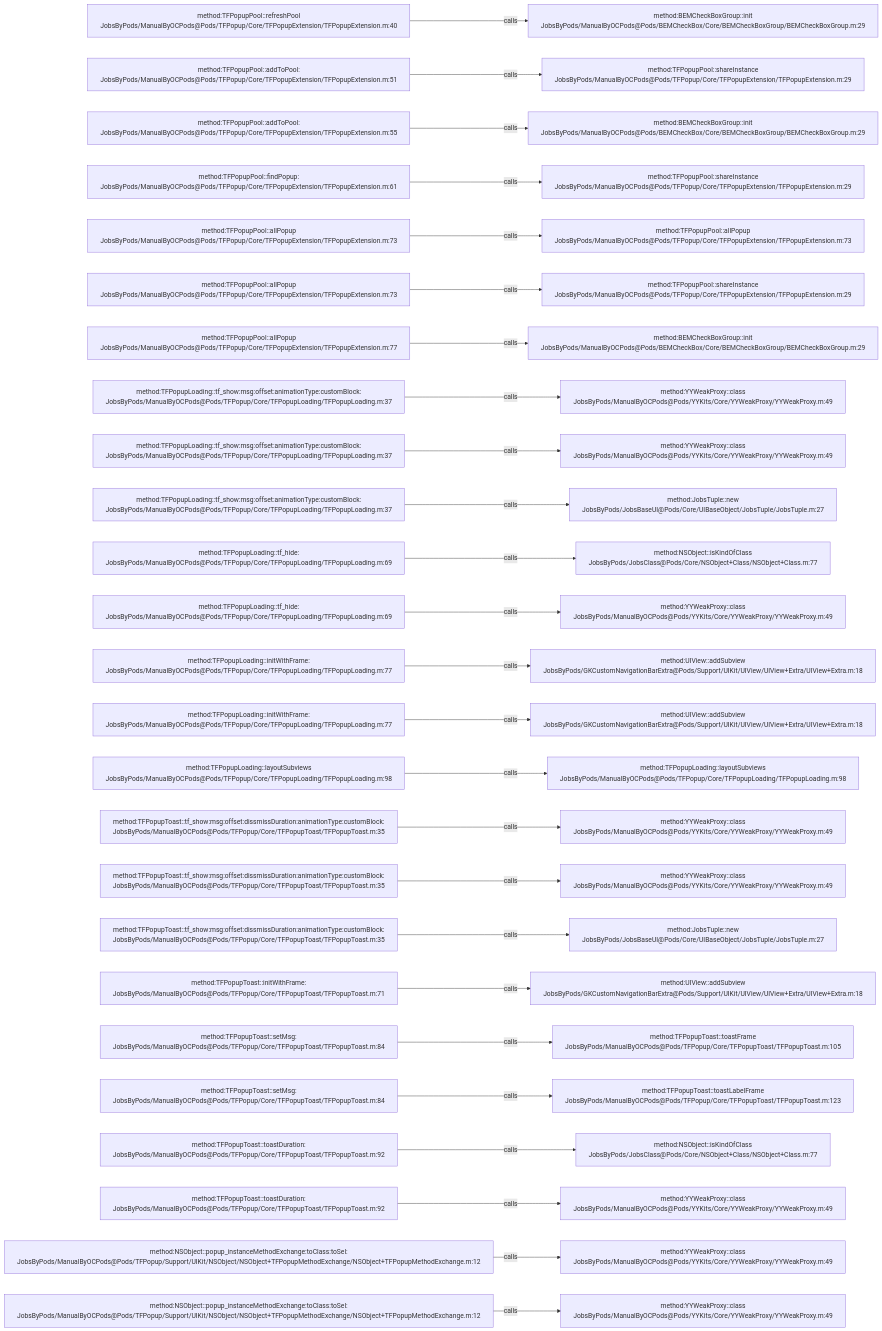
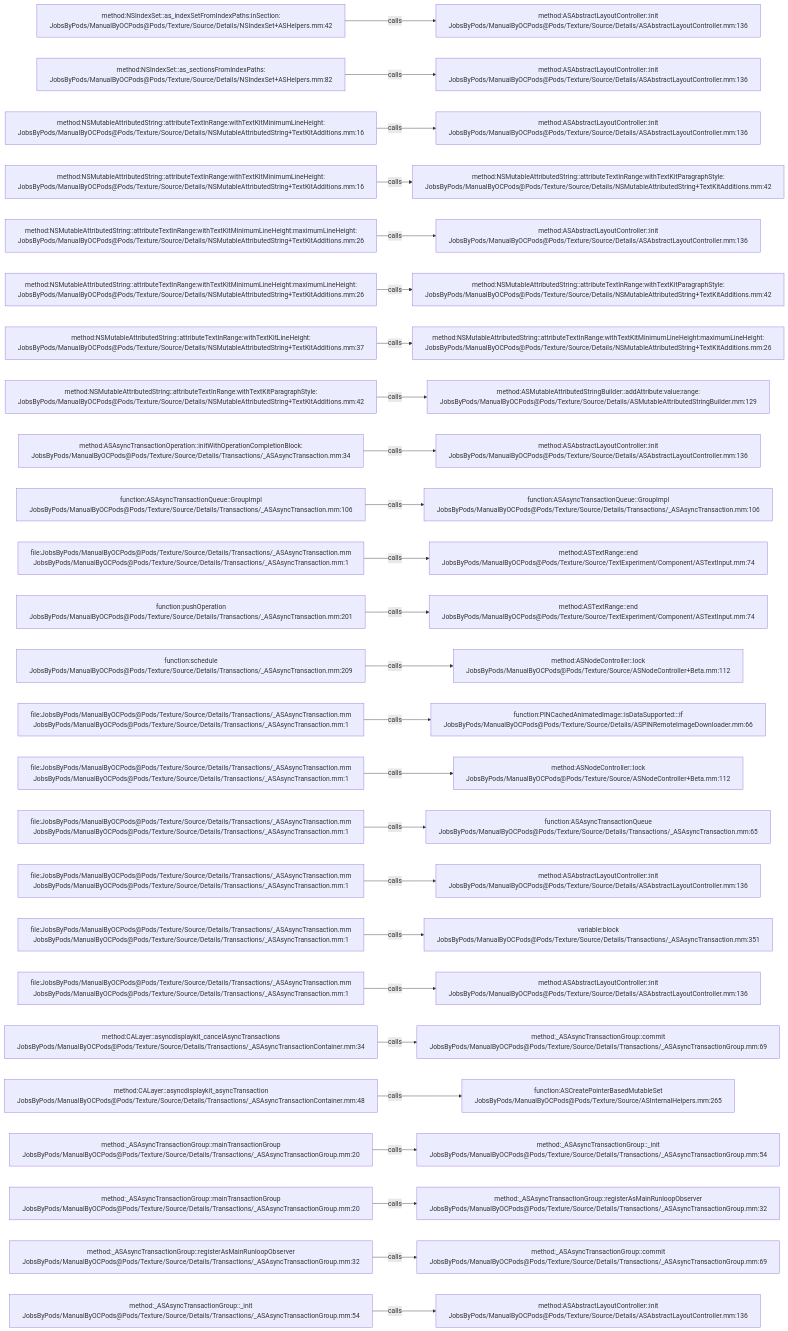
The diagram in .codegraph/codegraph.md/graphs/calls-176.md (JobsKits/JobsOCBaseConfigDemo), drawn with Mermaid before and after one commit. The commit also changed 2162 other files, not shown here.

````diff
--- a/.codegraph/codegraph.md/graphs/calls-176.md
+++ b/.codegraph/codegraph.md/graphs/calls-176.md
@@ -13,78 +13,78 @@
 ```mermaid
 flowchart LR
-  S1["method:TFPopupPool::refreshPool<br/>JobsByPods/ManualByOCPods@Pods/TFPopup/Core/TFPopupExtension/TFPopupExtension.m:40"]
-  T1["method:BEMCheckBoxGroup::init<br/>JobsByPods/ManualByOCPods@Pods/BEMCheckBox/Core/BEMCheckBoxGroup/BEMCheckBoxGroup.m:29"]
+  S1["method:NSIndexSet::as_indexSetFromIndexPaths:inSection:<br/>JobsByPods/ManualByOCPods@Pods/Texture/Source/Details/NSIndexSet+ASHelpers.mm:42"]
+  T1["method:ASAbstractLayoutController::init<br/>JobsByPods/ManualByOCPods@Pods/Texture/Source/Details/ASAbstractLayoutController.mm:136"]
   S1 -->|calls| T1
-  S2["method:TFPopupPool::addToPool:<br/>JobsByPods/ManualByOCPods@Pods/TFPopup/Core/TFPopupExtension/TFPopupExtension.m:51"]
-  T2["method:TFPopupPool::shareInstance<br/>JobsByPods/ManualByOCPods@Pods/TFPopup/Core/TFPopupExtension/TFPopupExtension.m:29"]
+  S2["method:NSIndexSet::as_sectionsFromIndexPaths:<br/>JobsByPods/ManualByOCPods@Pods/Texture/Source/Details/NSIndexSet+ASHelpers.mm:82"]
+  T2["method:ASAbstractLayoutController::init<br/>JobsByPods/ManualByOCPods@Pods/Texture/Source/Details/ASAbstractLayoutController.mm:136"]
   S2 -->|calls| T2
-  S3["method:TFPopupPool::addToPool:<br/>JobsByPods/ManualByOCPods@Pods/TFPopup/Core/TFPopupExtension/TFPopupExtension.m:55"]
-  T3["method:BEMCheckBoxGroup::init<br/>JobsByPods/ManualByOCPods@Pods/BEMCheckBox/Core/BEMCheckBoxGroup/BEMCheckBoxGroup.m:29"]
+  S3["method:NSMutableAttributedString::attributeTextInRange:withTextKitMinimumLineHeight:<br/>JobsByPods/ManualByOCPods@Pods/Texture/Source/Details/NSMutableAttributedString+TextKitAdditions.mm:16"]
+  T3["method:ASAbstractLayoutController::init<br/>JobsByPods/ManualByOCPods@Pods/Texture/Source/Details/ASAbstractLayoutController.mm:136"]
   S3 -->|calls| T3
-  S4["method:TFPopupPool::findPopup:<br/>JobsByPods/ManualByOCPods@Pods/TFPopup/Core/TFPopupExtension/TFPopupExtension.m:61"]
-  T4["method:TFPopupPool::shareInstance<br/>JobsByPods/ManualByOCPods@Pods/TFPopup/Core/TFPopupExtension/TFPopupExtension.m:29"]
+  S4["method:NSMutableAttributedString::attributeTextInRange:withTextKitMinimumLineHeight:<br/>JobsByPods/ManualByOCPods@Pods/Texture/Source/Details/NSMutableAttributedString+TextKitAdditions.mm:16"]
+  T4["method:NSMutableAttributedString::attributeTextInRange:withTextKitParagraphStyle:<br/>JobsByPods/ManualByOCPods@Pods/Texture/Source/Details/NSMutableAttributedString+TextKitAdditions.mm:42"]
   S4 -->|calls| T4
-  S5["method:TFPopupPool::allPopup<br/>JobsByPods/ManualByOCPods@Pods/TFPopup/Core/TFPopupExtension/TFPopupExtension.m:73"]
-  T5["method:TFPopupPool::allPopup<br/>JobsByPods/ManualByOCPods@Pods/TFPopup/Core/TFPopupExtension/TFPopupExtension.m:73"]
+  S5["method:NSMutableAttributedString::attributeTextInRange:withTextKitMinimumLineHeight:maximumLineHeight:<br/>JobsByPods/ManualByOCPods@Pods/Texture/Source/Details/NSMutableAttributedString+TextKitAdditions.mm:26"]
+  T5["method:ASAbstractLayoutController::init<br/>JobsByPods/ManualByOCPods@Pods/Texture/Source/Details/ASAbstractLayoutController.mm:136"]
   S5 -->|calls| T5
-  S6["method:TFPopupPool::allPopup<br/>JobsByPods/ManualByOCPods@Pods/TFPopup/Core/TFPopupExtension/TFPopupExtension.m:73"]
-  T6["method:TFPopupPool::shareInstance<br/>JobsByPods/ManualByOCPods@Pods/TFPopup/Core/TFPopupExtension/TFPopupExtension.m:29"]
+  S6["method:NSMutableAttributedString::attributeTextInRange:withTextKitMinimumLineHeight:maximumLineHeight:<br/>JobsByPods/ManualByOCPods@Pods/Texture/Source/Details/NSMutableAttributedString+TextKitAdditions.mm:26"]
+  T6["method:NSMutableAttributedString::attributeTextInRange:withTextKitParagraphStyle:<br/>JobsByPods/ManualByOCPods@Pods/Texture/Source/Details/NSMutableAttributedString+TextKitAdditions.mm:42"]
   S6 -->|calls| T6
-  S7["method:TFPopupPool::allPopup<br/>JobsByPods/ManualByOCPods@Pods/TFPopup/Core/TFPopupExtension/TFPopupExtension.m:77"]
-  T7["method:BEMCheckBoxGroup::init<br/>JobsByPods/ManualByOCPods@Pods/BEMCheckBox/Core/BEMCheckBoxGroup/BEMCheckBoxGroup.m:29"]
+  S7["method:NSMutableAttributedString::attributeTextInRange:withTextKitLineHeight:<br/>JobsByPods/ManualByOCPods@Pods/Texture/Source/Details/NSMutableAttributedString+TextKitAdditions.mm:37"]
+  T7["method:NSMutableAttributedString::attributeTextInRange:withTextKitMinimumLineHeight:maximumLineHeight:<br/>JobsByPods/ManualByOCPods@Pods/Texture/Source/Details/NSMutableAttributedString+TextKitAdditions.mm:26"]
   S7 -->|calls| T7
-  S8["method:TFPopupLoading::tf_show:msg:offset:animationType:customBlock:<br/>JobsByPods/ManualByOCPods@Pods/TFPopup/Core/TFPopupLoading/TFPopupLoading.m:37"]
-  T8["method:YYWeakProxy::class<br/>JobsByPods/ManualByOCPods@Pods/YYKits/Core/YYWeakProxy/YYWeakProxy.m:49"]
+  S8["method:NSMutableAttributedString::attributeTextInRange:withTextKitParagraphStyle:<br/>JobsByPods/ManualByOCPods@Pods/Texture/Source/Details/NSMutableAttributedString+TextKitAdditions.mm:42"]
+  T8["method:ASMutableAttributedStringBuilder::addAttribute:value:range:<br/>JobsByPods/ManualByOCPods@Pods/Texture/Source/Details/ASMutableAttributedStringBuilder.mm:129"]
   S8 -->|calls| T8
-  S9["method:TFPopupLoading::tf_show:msg:offset:animationType:customBlock:<br/>JobsByPods/ManualByOCPods@Pods/TFPopup/Core/TFPopupLoading/TFPopupLoading.m:37"]
-  T9["method:YYWeakProxy::class<br/>JobsByPods/ManualByOCPods@Pods/YYKits/Core/YYWeakProxy/YYWeakProxy.m:49"]
+  S9["method:ASAsyncTransactionOperation::initWithOperationCompletionBlock:<br/>JobsByPods/ManualByOCPods@Pods/Texture/Source/Details/Transactions/_ASAsyncTransaction.mm:34"]
+  T9["method:ASAbstractLayoutController::init<br/>JobsByPods/ManualByOCPods@Pods/Texture/Source/Details/ASAbstractLayoutController.mm:136"]
   S9 -->|calls| T9
-  S10["method:TFPopupLoading::tf_show:msg:offset:animationType:customBlock:<br/>JobsByPods/ManualByOCPods@Pods/TFPopup/Core/TFPopupLoading/TFPopupLoading.m:37"]
-  T10["method:JobsTuple::new<br/>JobsByPods/JobsBaseUI@Pods/Core/UIBaseObject/JobsTuple/JobsTuple.m:27"]
+  S10["function:ASAsyncTransactionQueue::GroupImpl<br/>JobsByPods/ManualByOCPods@Pods/Texture/Source/Details/Transactions/_ASAsyncTransaction.mm:106"]
+  T10["function:ASAsyncTransactionQueue::GroupImpl<br/>JobsByPods/ManualByOCPods@Pods/Texture/Source/Details/Transactions/_ASAsyncTransaction.mm:106"]
   S10 -->|calls| T10
-  S11["method:TFPopupLoading::tf_hide:<br/>JobsByPods/ManualByOCPods@Pods/TFPopup/Core/TFPopupLoading/TFPopupLoading.m:69"]
-  T11["method:NSObject::isKindOfClass<br/>JobsByPods/JobsClass@Pods/Core/NSObject+Class/NSObject+Class.m:77"]
+  S11["file:JobsByPods/ManualByOCPods@Pods/Texture/Source/Details/Transactions/_ASAsyncTransaction.mm<br/>JobsByPods/ManualByOCPods@Pods/Texture/Source/Details/Transactions/_ASAsyncTransaction.mm:1"]
+  T11["method:ASTextRange::end<br/>JobsByPods/ManualByOCPods@Pods/Texture/Source/TextExperiment/Component/ASTextInput.mm:74"]
   S11 -->|calls| T11
-  S12["method:TFPopupLoading::tf_hide:<br/>JobsByPods/ManualByOCPods@Pods/TFPopup/Core/TFPopupLoading/TFPopupLoading.m:69"]
-  T12["method:YYWeakProxy::class<br/>JobsByPods/ManualByOCPods@Pods/YYKits/Core/YYWeakProxy/YYWeakProxy.m:49"]
+  S12["function:pushOperation<br/>JobsByPods/ManualByOCPods@Pods/Texture/Source/Details/Transactions/_ASAsyncTransaction.mm:201"]
+  T12["method:ASTextRange::end<br/>JobsByPods/ManualByOCPods@Pods/Texture/Source/TextExperiment/Component/ASTextInput.mm:74"]
   S12 -->|calls| T12
-  S13["method:TFPopupLoading::initWithFrame:<br/>JobsByPods/ManualByOCPods@Pods/TFPopup/Core/TFPopupLoading/TFPopupLoading.m:77"]
-  T13["method:UIView::addSubview<br/>JobsByPods/GKCustomNavigationBarExtra@Pods/Support/UIKit/UIView/UIView+Extra/UIView+Extra.m:18"]
+  S13["function:schedule<br/>JobsByPods/ManualByOCPods@Pods/Texture/Source/Details/Transactions/_ASAsyncTransaction.mm:209"]
+  T13["method:ASNodeController::lock<br/>JobsByPods/ManualByOCPods@Pods/Texture/Source/ASNodeController+Beta.mm:112"]
   S13 -->|calls| T13
-  S14["method:TFPopupLoading::initWithFrame:<br/>JobsByPods/ManualByOCPods@Pods/TFPopup/Core/TFPopupLoading/TFPopupLoading.m:77"]
-  T14["method:UIView::addSubview<br/>JobsByPods/GKCustomNavigationBarExtra@Pods/Support/UIKit/UIView/UIView+Extra/UIView+Extra.m:18"]
+  S14["file:JobsByPods/ManualByOCPods@Pods/Texture/Source/Details/Transactions/_ASAsyncTransaction.mm<br/>JobsByPods/ManualByOCPods@Pods/Texture/Source/Details/Transactions/_ASAsyncTransaction.mm:1"]
+  T14["function:PINCachedAnimatedImage::isDataSupported:::if<br/>JobsByPods/ManualByOCPods@Pods/Texture/Source/Details/ASPINRemoteImageDownloader.mm:66"]
   S14 -->|calls| T14
-  S15["method:TFPopupLoading::layoutSubviews<br/>JobsByPods/ManualByOCPods@Pods/TFPopup/Core/TFPopupLoading/TFPopupLoading.m:98"]
-  T15["method:TFPopupLoading::layoutSubviews<br/>JobsByPods/ManualByOCPods@Pods/TFPopup/Core/TFPopupLoading/TFPopupLoading.m:98"]
+  S15["file:JobsByPods/ManualByOCPods@Pods/Texture/Source/Details/Transactions/_ASAsyncTransaction.mm<br/>JobsByPods/ManualByOCPods@Pods/Texture/Source/Details/Transactions/_ASAsyncTransaction.mm:1"]
+  T15["method:ASNodeController::lock<br/>JobsByPods/ManualByOCPods@Pods/Texture/Source/ASNodeController+Beta.mm:112"]
   S15 -->|calls| T15
-  S16["method:TFPopupToast::tf_show:msg:offset:dissmissDuration:animationType:customBlock:<br/>JobsByPods/ManualByOCPods@Pods/TFPopup/Core/TFPopupToast/TFPopupToast.m:35"]
-  T16["method:YYWeakProxy::class<br/>JobsByPods/ManualByOCPods@Pods/YYKits/Core/YYWeakProxy/YYWeakProxy.m:49"]
+  S16["file:JobsByPods/ManualByOCPods@Pods/Texture/Source/Details/Transactions/_ASAsyncTransaction.mm<br/>JobsByPods/ManualByOCPods@Pods/Texture/Source/Details/Transactions/_ASAsyncTransaction.mm:1"]
+  T16["function:ASAsyncTransactionQueue<br/>JobsByPods/ManualByOCPods@Pods/Texture/Source/Details/Transactions/_ASAsyncTransaction.mm:65"]
   S16 -->|calls| T16
-  S17["method:TFPopupToast::tf_show:msg:offset:dissmissDuration:animationType:customBlock:<br/>JobsByPods/ManualByOCPods@Pods/TFPopup/Core/TFPopupToast/TFPopupToast.m:35"]
-  T17["method:YYWeakProxy::class<br/>JobsByPods/ManualByOCPods@Pods/YYKits/Core/YYWeakProxy/YYWeakProxy.m:49"]
+  S17["file:JobsByPods/ManualByOCPods@Pods/Texture/Source/Details/Transactions/_ASAsyncTransaction.mm<br/>JobsByPods/ManualByOCPods@Pods/Texture/Source/Details/Transactions/_ASAsyncTransaction.mm:1"]
+  T17["method:ASAbstractLayoutController::init<br/>JobsByPods/ManualByOCPods@Pods/Texture/Source/Details/ASAbstractLayoutController.mm:136"]
   S17 -->|calls| T17
-  S18["method:TFPopupToast::tf_show:msg:offset:dissmissDuration:animationType:customBlock:<br/>JobsByPods/ManualByOCPods@Pods/TFPopup/Core/TFPopupToast/TFPopupToast.m:35"]
-  T18["method:JobsTuple::new<br/>JobsByPods/JobsBaseUI@Pods/Core/UIBaseObject/JobsTuple/JobsTuple.m:27"]
+  S18["file:JobsByPods/ManualByOCPods@Pods/Texture/Source/Details/Transactions/_ASAsyncTransaction.mm<br/>JobsByPods/ManualByOCPods@Pods/Texture/Source/Details/Transactions/_ASAsyncTransaction.mm:1"]
+  T18["variable:block<br/>JobsByPods/ManualByOCPods@Pods/Texture/Source/Details/Transactions/_ASAsyncTransaction.mm:351"]
   S18 -->|calls| T18
-  S19["method:TFPopupToast::initWithFrame:<br/>JobsByPods/ManualByOCPods@Pods/TFPopup/Core/TFPopupToast/TFPopupToast.m:71"]
-  T19["method:UIView::addSubview<br/>JobsByPods/GKCustomNavigationBarExtra@Pods/Support/UIKit/UIView/UIView+Extra/UIView+Extra.m:18"]
+  S19["file:JobsByPods/ManualByOCPods@Pods/Texture/Source/Details/Transactions/_ASAsyncTransaction.mm<br/>JobsByPods/ManualByOCPods@Pods/Texture/Source/Details/Transactions/_ASAsyncTransaction.mm:1"]
+  T19["method:ASAbstractLayoutController::init<br/>JobsByPods/ManualByOCPods@Pods/Texture/Source/Details/ASAbstractLayoutController.mm:136"]
   S19 -->|calls| T19
-  S20["method:TFPopupToast::setMsg:<br/>JobsByPods/ManualByOCPods@Pods/TFPopup/Core/TFPopupToast/TFPopupToast.m:84"]
-  T20["method:TFPopupToast::toastFrame<br/>JobsByPods/ManualByOCPods@Pods/TFPopup/Core/TFPopupToast/TFPopupToast.m:105"]
+  S20["method:CALayer::asyncdisplaykit_cancelAsyncTransactions<br/>JobsByPods/ManualByOCPods@Pods/Texture/Source/Details/Transactions/_ASAsyncTransactionContainer.mm:34"]
+  T20["method:_ASAsyncTransactionGroup::commit<br/>JobsByPods/ManualByOCPods@Pods/Texture/Source/Details/Transactions/_ASAsyncTransactionGroup.mm:69"]
   S20 -->|calls| T20
-  S21["method:TFPopupToast::setMsg:<br/>JobsByPods/ManualByOCPods@Pods/TFPopup/Core/TFPopupToast/TFPopupToast.m:84"]
-  T21["method:TFPopupToast::toastLabelFrame<br/>JobsByPods/ManualByOCPods@Pods/TFPopup/Core/TFPopupToast/TFPopupToast.m:123"]
+  S21["method:CALayer::asyncdisplaykit_asyncTransaction<br/>JobsByPods/ManualByOCPods@Pods/Texture/Source/Details/Transactions/_ASAsyncTransactionContainer.mm:48"]
+  T21["function:ASCreatePointerBasedMutableSet<br/>JobsByPods/ManualByOCPods@Pods/Texture/Source/ASInternalHelpers.mm:265"]
   S21 -->|calls| T21
-  S22["method:TFPopupToast::toastDuration:<br/>JobsByPods/ManualByOCPods@Pods/TFPopup/Core/TFPopupToast/TFPopupToast.m:92"]
-  T22["method:NSObject::isKindOfClass<br/>JobsByPods/JobsClass@Pods/Core/NSObject+Class/NSObject+Class.m:77"]
+  S22["method:_ASAsyncTransactionGroup::mainTransactionGroup<br/>JobsByPods/ManualByOCPods@Pods/Texture/Source/Details/Transactions/_ASAsyncTransactionGroup.mm:20"]
+  T22["method:_ASAsyncTransactionGroup::_init<br/>JobsByPods/ManualByOCPods@Pods/Texture/Source/Details/Transactions/_ASAsyncTransactionGroup.mm:54"]
   S22 -->|calls| T22
-  S23["method:TFPopupToast::toastDuration:<br/>JobsByPods/ManualByOCPods@Pods/TFPopup/Core/TFPopupToast/TFPopupToast.m:92"]
-  T23["method:YYWeakProxy::class<br/>JobsByPods/ManualByOCPods@Pods/YYKits/Core/YYWeakProxy/YYWeakProxy.m:49"]
+  S23["method:_ASAsyncTransactionGroup::mainTransactionGroup<br/>JobsByPods/ManualByOCPods@Pods/Texture/Source/Details/Transactions/_ASAsyncTransactionGroup.mm:20"]
+  T23["method:_ASAsyncTransactionGroup::registerAsMainRunloopObserver<br/>JobsByPods/ManualByOCPods@Pods/Texture/Source/Details/Transactions/_ASAsyncTransactionGroup.mm:32"]
   S23 -->|calls| T23
-  S24["method:NSObject::popup_instanceMethodExchange:toClass:toSel:<br/>JobsByPods/ManualByOCPods@Pods/TFPopup/Support/UIKit/NSObject/NSObject+TFPopupMethodExchange/NSObject+TFPopupMethodExchange.m:12"]
-  T24["method:YYWeakProxy::class<br/>JobsByPods/ManualByOCPods@Pods/YYKits/Core/YYWeakProxy/YYWeakProxy.m:49"]
+  S24["method:_ASAsyncTransactionGroup::registerAsMainRunloopObserver<br/>JobsByPods/ManualByOCPods@Pods/Texture/Source/Details/Transactions/_ASAsyncTransactionGroup.mm:32"]
+  T24["method:_ASAsyncTransactionGroup::commit<br/>JobsByPods/ManualByOCPods@Pods/Texture/Source/Details/Transactions/_ASAsyncTransactionGroup.mm:69"]
   S24 -->|calls| T24
-  S25["method:NSObject::popup_instanceMethodExchange:toClass:toSel:<br/>JobsByPods/ManualByOCPods@Pods/TFPopup/Support/UIKit/NSObject/NSObject+TFPopupMethodExchange/NSObject+TFPopupMethodExchange.m:12"]
-  T25["method:YYWeakProxy::class<br/>JobsByPods/ManualByOCPods@Pods/YYKits/Core/YYWeakProxy/YYWeakProxy.m:49"]
+  S25["method:_ASAsyncTransactionGroup::_init<br/>JobsByPods/ManualByOCPods@Pods/Texture/Source/Details/Transactions/_ASAsyncTransactionGroup.mm:54"]
+  T25["method:ASAbstractLayoutController::init<br/>JobsByPods/ManualByOCPods@Pods/Texture/Source/Details/ASAbstractLayoutController.mm:136"]
   S25 -->|calls| T25
 ```
````
